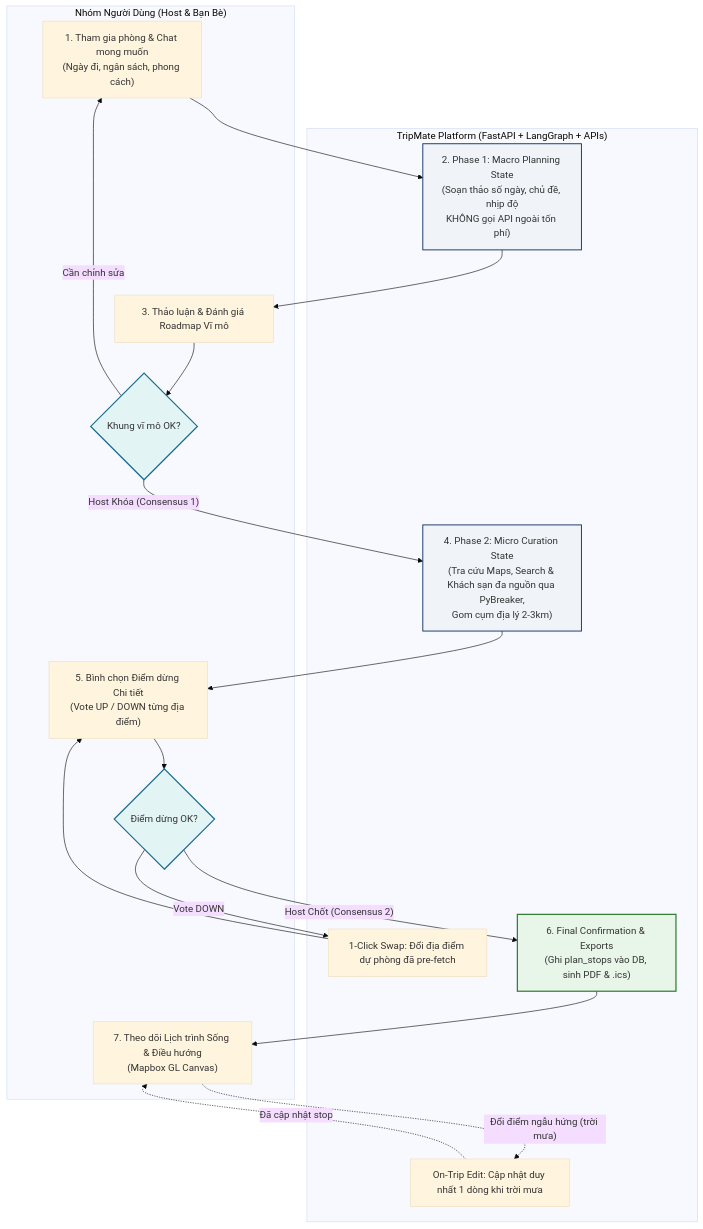
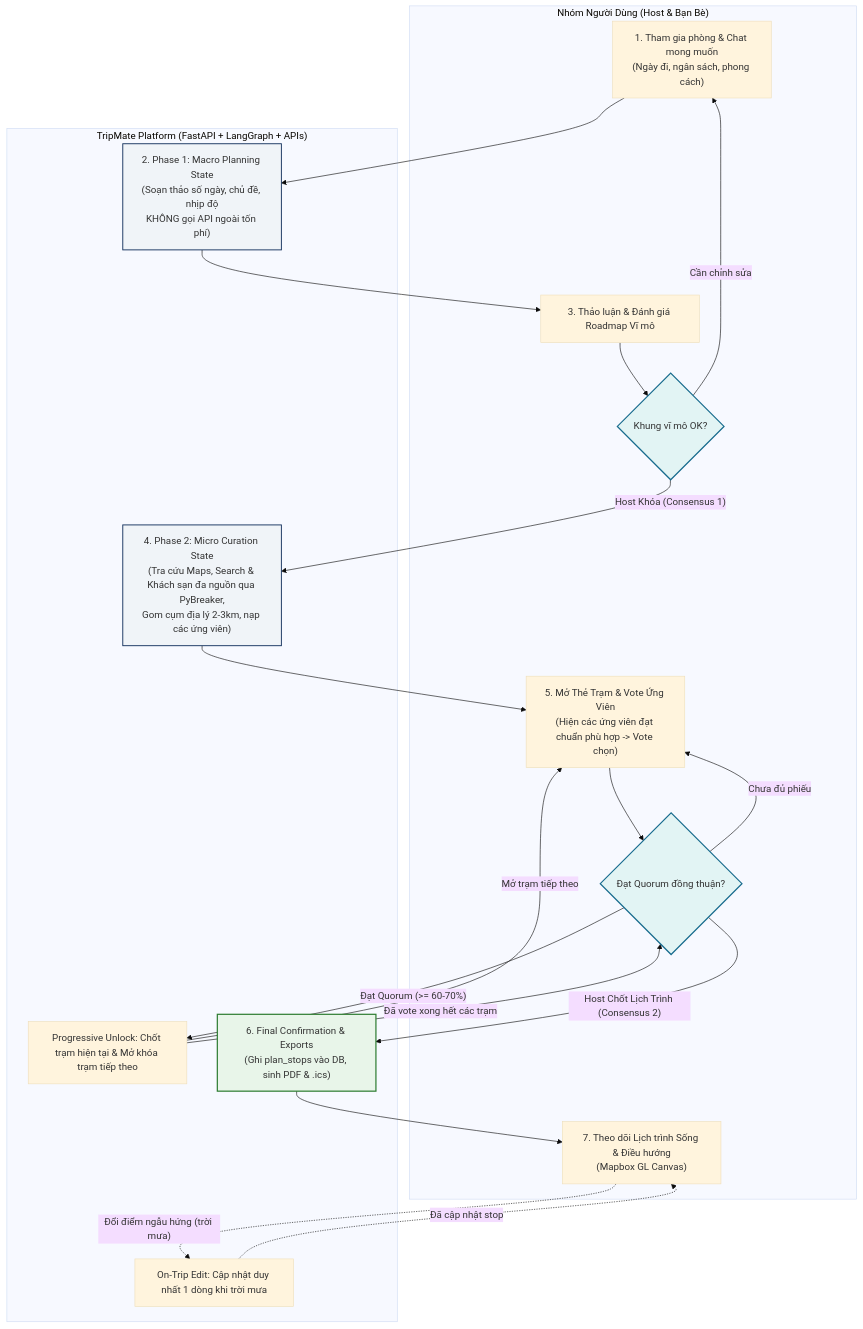
Before and after one commit to b4ck12/Group_Project: the first of 2 diagrams in explain.md, drawn with Mermaid (base theme). The commit also changed other lines of this file and 6 other files, not shown here.

````diff
--- a/explain.md
+++ b/explain.md
@@ -26,39 +26,41 @@
 ```mermaid
 flowchart TD
     subgraph Part1 ["Nhóm Người Dùng (Host & Bạn Bè)"]
         A1["1. Tham gia phòng & Chat mong muốn<br/>(Ngày đi, ngân sách, phong cách)"]
         A2["3. Thảo luận & Đánh giá Roadmap Vĩ mô"]
         A3{"Khung vĩ mô OK?"}
-        A4["5. Bình chọn Điểm dừng Chi tiết<br/>(Vote UP / DOWN từng địa điểm)"]
-        A5{"Điểm dừng OK?"}
+        A4["5. Mở Thẻ Trạm & Vote Ứng Viên<br/>(Hiện các ứng viên đạt chuẩn phù hợp -> Vote chọn)"]
+        A5{"Đạt Quorum đồng thuận?"}
         A6["7. Theo dõi Lịch trình Sống & Điều hướng<br/>(Mapbox GL Canvas)"]
     end
 
     subgraph Part2 ["TripMate Platform (FastAPI + LangGraph + APIs)"]
         B1["2. Phase 1: Macro Planning State<br/>(Soạn thảo số ngày, chủ đề, nhịp độ<br/>KHÔNG gọi API ngoài tốn phí)"]
-        B2["4. Phase 2: Micro Curation State<br/>(Tra cứu Maps, Search & Khách sạn đa nguồn qua PyBreaker,<br/>Gom cụm địa lý 2-3km)"]
-        B3["1-Click Swap: Đổi địa điểm dự phòng đã pre-fetch"]
+        B2["4. Phase 2: Micro Curation State<br/>(Tra cứu Maps, Search & Khách sạn đa nguồn qua PyBreaker,<br/>Gom cụm địa lý 2-3km, nạp các ứng viên)"]
+        B3["Progressive Unlock: Chốt trạm hiện tại & Mở khóa trạm tiếp theo"]
         B4["6. Final Confirmation & Exports<br/>(Ghi plan_stops vào DB, sinh PDF & .ics)"]
         B5["On-Trip Edit: Cập nhật duy nhất 1 dòng khi trời mưa"]
     end
 
     A1 --> B1
     B1 --> A2
     A2 --> A3
     A3 -- "Cần chỉnh sửa" --> A1
     A3 -- "Host Khóa (Consensus 1)" --> B2
     B2 --> A4
     A4 --> A5
-    A5 -- "Vote DOWN" --> B3
-    B3 --> A4
-    A5 -- "Host Chốt (Consensus 2)" --> B4
+    A5 -- "Đạt Quorum (>= 60-70%)" --> B3
+    B3 -- "Mở trạm tiếp theo" --> A4
+    A5 -- "Chưa đủ phiếu" --> A4
+    B3 -- "Đã vote xong hết các trạm" --> A5
+    A5 -- "Host Chốt Lịch Trình (Consensus 2)" --> B4
     B4 --> A6
     A6 -. "Đổi điểm ngẫu hứng (trời mưa)" .-> B5
     B5 -. "Đã cập nhật stop" .-> A6
 
     style A3 fill:#e2f4f4,stroke:#186c8e,stroke-width:2px;
     style A5 fill:#e2f4f4,stroke:#186c8e,stroke-width:2px;
     style B1 fill:#f0f4f8,stroke:#12305c,stroke-width:1.5px;
     style B2 fill:#f0f4f8,stroke:#12305c,stroke-width:1.5px;
     style B4 fill:#e8f5e9,stroke:#2e7d32,stroke-width:2px;
 ```
````
